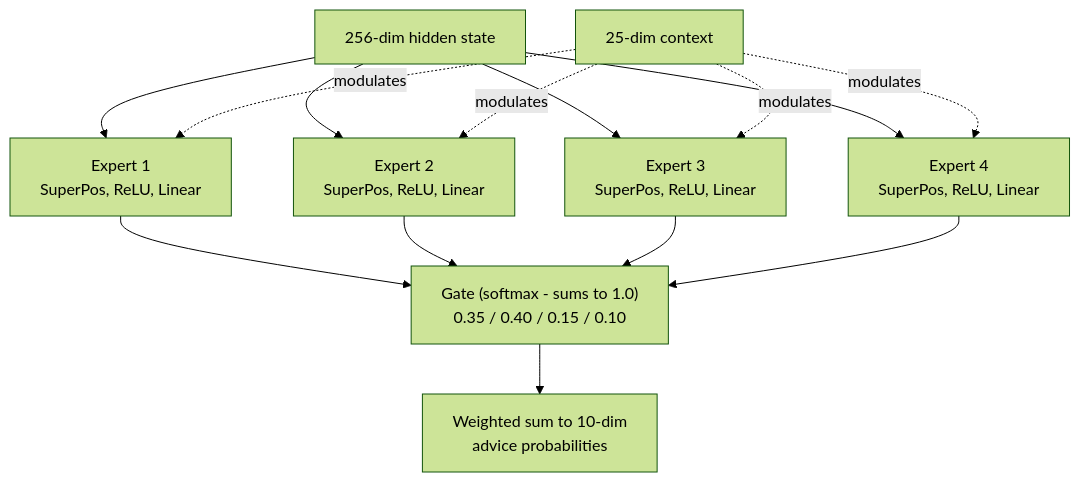
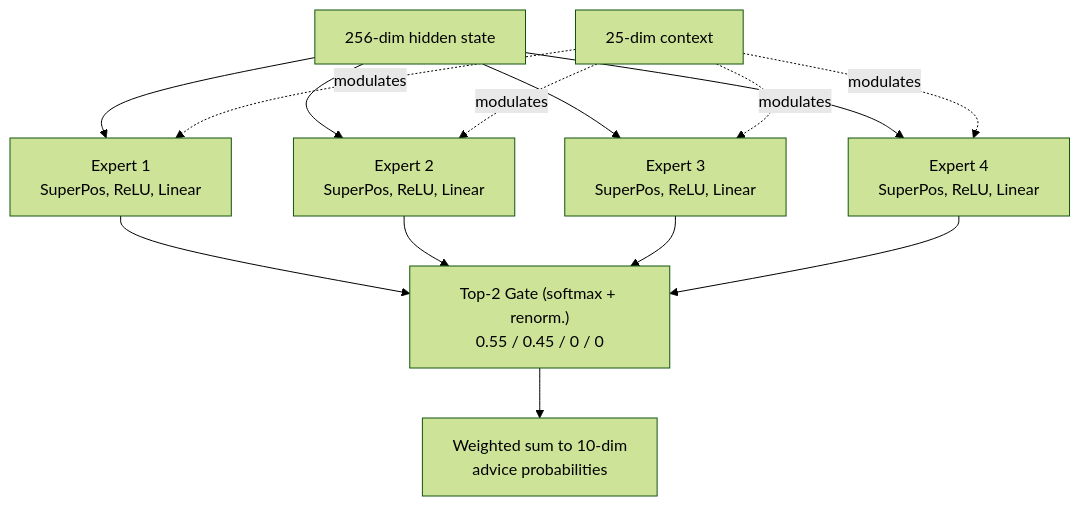
The fifth of 16 diagrams in docs/books/Book-Coach-1B-en.md (renanaugustomacena-ux/Counter-Strike-coach-AI), drawn with Mermaid (forest theme) before and after one commit. The commit also changed other lines of this file and 36 other files, not shown here.

````diff
--- a/docs/books/Book-Coach-1B-en.md
+++ b/docs/books/Book-Coach-1B-en.md
@@ -217,17 +216,17 @@
 ```mermaid
 flowchart TB
     IN["256-dim hidden state"]
     IN --> E1["Expert 1<br/>SuperPos, ReLU, Linear"]
     IN --> E2["Expert 2<br/>SuperPos, ReLU, Linear"]
     IN --> E3["Expert 3<br/>SuperPos, ReLU, Linear"]
     IN --> E4["Expert 4<br/>SuperPos, ReLU, Linear"]
     CTX["25-dim context"] -.->|"modulates"| E1
     CTX -.->|"modulates"| E2
     CTX -.->|"modulates"| E3
     CTX -.->|"modulates"| E4
-    E1 --> GATE["Gate (softmax - sums to 1.0)<br/>0.35 / 0.40 / 0.15 / 0.10"]
+    E1 --> GATE["Top-2 Gate (softmax + renorm.)<br/>0.55 / 0.45 / 0 / 0"]
     E2 --> GATE
     E3 --> GATE
     E4 --> GATE
     GATE --> OUT["Weighted sum to 10-dim<br/>advice probabilities"]
 ```
````
